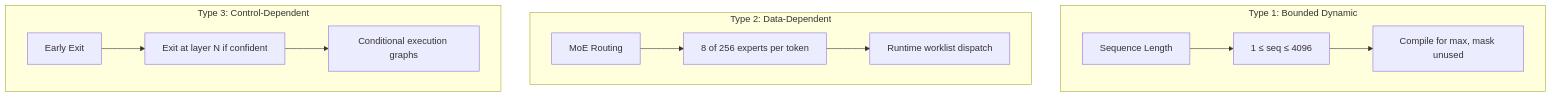
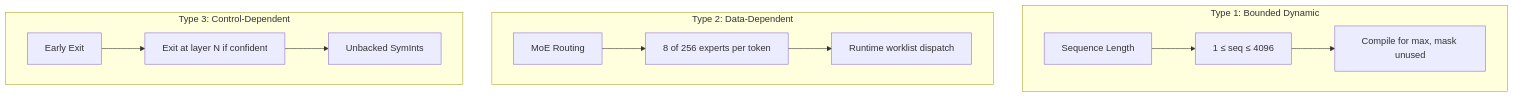
The second of 10 diagrams in dynamic-shapes.md (srikantharun/srikantharun.github.io), drawn with Mermaid before and after one commit. The commit also changed other lines of this file, not shown here.

````diff
--- a/dynamic-shapes.md
+++ b/dynamic-shapes.md
@@ -42,17 +44,17 @@
 ```mermaid
 graph TD
     subgraph "Type 1: Bounded Dynamic"
         A1[Sequence Length] --> A2["1 ≤ seq ≤ 4096"]
         A2 --> A3[Compile for max, mask unused]
     end
 
     subgraph "Type 2: Data-Dependent"
         B1[MoE Routing] --> B2["8 of 256 experts per token"]
         B2 --> B3[Runtime worklist dispatch]
     end
 
     subgraph "Type 3: Control-Dependent"
         C1[Early Exit] --> C2["Exit at layer N if confident"]
-        C2 --> C3[Conditional execution graphs]
+        C2 --> C3[Unbacked SymInts]
     end
 ```
````
